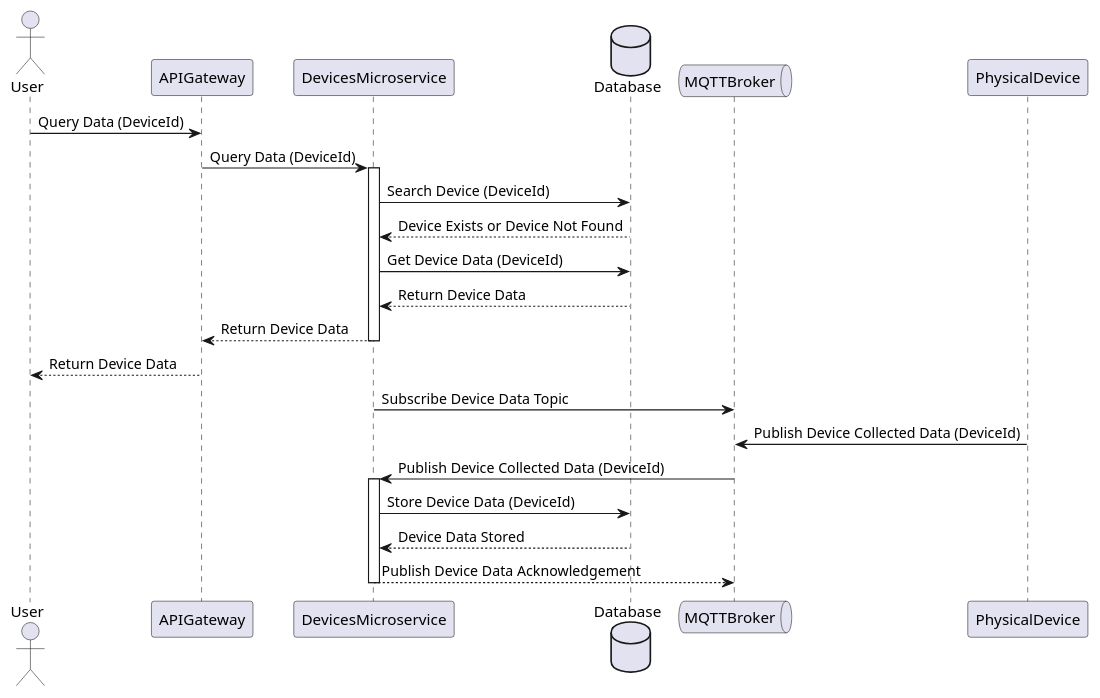
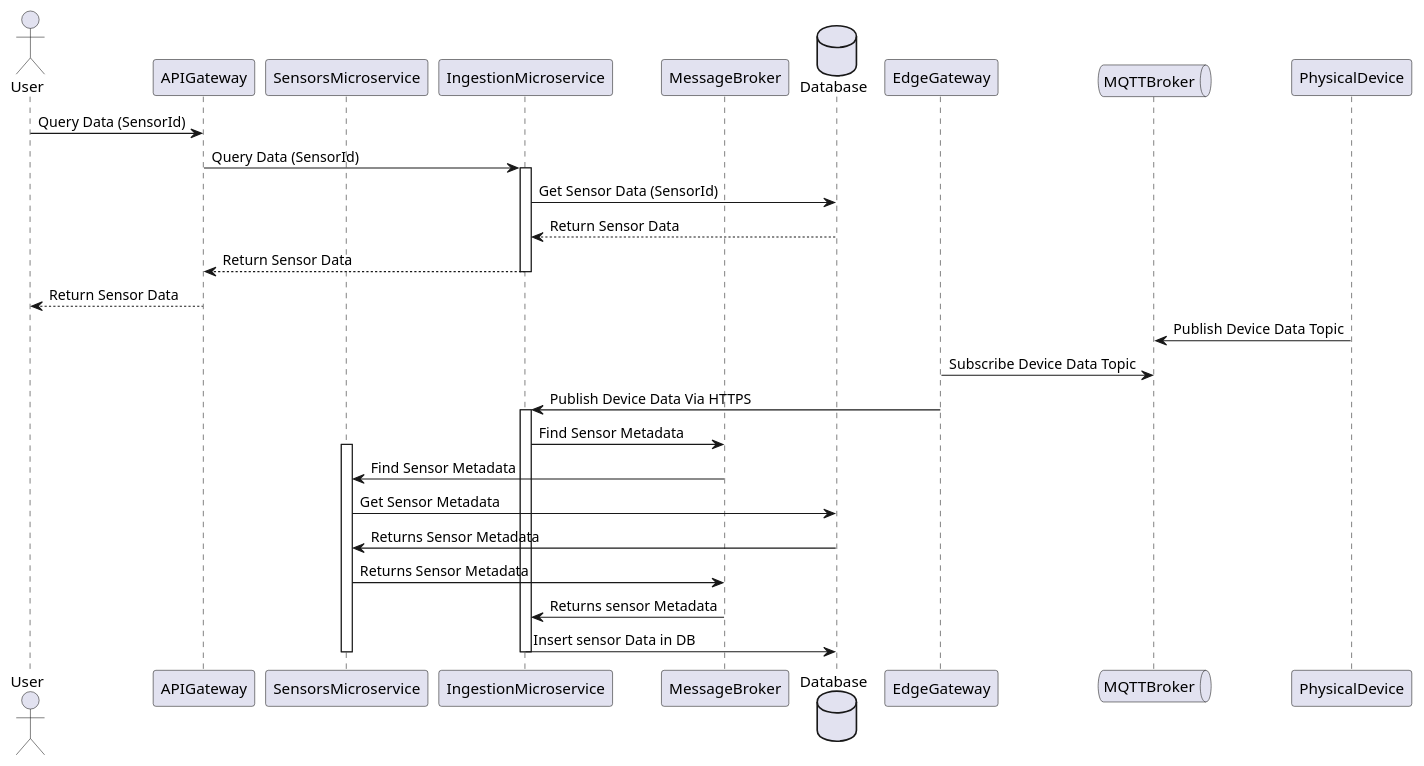
The diagram in diagrams/poc/device/queryData.puml (tesis-dobregon/tesis-unal), drawn with PlantUML before and after one commit. The commit also changed 18 other files, not shown here.

First line of the commit message:
Update diagrams (#20)

```diff
--- a/diagrams/poc/device/queryData.puml
+++ b/diagrams/poc/device/queryData.puml
@@ -1,28 +1,35 @@
 @startuml
 actor User as ApplicationUser
 participant APIGateway
-participant DevicesMicroservice
+participant SensorsMicroservice
+participant IngestionMicroservice
+participant MessageBroker
 database Database
+participant EdgeGateway
 queue MQTTBroker
 participant PhysicalDevice
 
-ApplicationUser -> APIGateway: Query Data (DeviceId)
-APIGateway -> DevicesMicroservice: Query Data (DeviceId)
-activate DevicesMicroservice
-DevicesMicroservice -> Database: Search Device (DeviceId)
-Database --> DevicesMicroservice: Device Exists or Device Not Found
-DevicesMicroservice -> Database: Get Device Data (DeviceId)
-Database --> DevicesMicroservice: Return Device Data
-DevicesMicroservice --> APIGateway: Return Device Data
-deactivate DevicesMicroservice
-APIGateway --> ApplicationUser: Return Device Data
+ApplicationUser -> APIGateway: Query Data (SensorId)
+APIGateway -> IngestionMicroservice: Query Data (SensorId)
+activate IngestionMicroservice
+IngestionMicroservice -> Database: Get Sensor Data (SensorId)
+Database --> IngestionMicroservice: Return Sensor Data
+IngestionMicroservice --> APIGateway: Return Sensor Data
+deactivate IngestionMicroservice
+APIGateway --> ApplicationUser: Return Sensor Data
 
-DevicesMicroservice -> MQTTBroker: Subscribe Device Data Topic
-PhysicalDevice -> MQTTBroker: Publish Device Collected Data (DeviceId)
-MQTTBroker -> DevicesMicroservice: Publish Device Collected Data (DeviceId)
-activate DevicesMicroservice
-DevicesMicroservice -> Database: Store Device Data (DeviceId)
-Database --> DevicesMicroservice: Device Data Stored
-DevicesMicroservice --> MQTTBroker: Publish Device Data Acknowledgement
-deactivate DevicesMicroservice
+PhysicalDevice -> MQTTBroker: Publish Device Data Topic
+EdgeGateway -> MQTTBroker: Subscribe Device Data Topic
+EdgeGateway -> IngestionMicroservice: Publish Device Data Via HTTPS
+activate IngestionMicroservice
+IngestionMicroservice -> MessageBroker: Find Sensor Metadata
+activate SensorsMicroservice
+MessageBroker -> SensorsMicroservice: Find Sensor Metadata
+SensorsMicroservice -> Database: Get Sensor Metadata
+Database -> SensorsMicroservice: Returns Sensor Metadata
+SensorsMicroservice -> MessageBroker:  Returns Sensor Metadata
+MessageBroker -> IngestionMicroservice:  Returns sensor Metadata
+IngestionMicroservice -> Database: Insert sensor Data in DB
+deactivate IngestionMicroservice
+deactivate SensorsMicroservice
 @enduml
```
